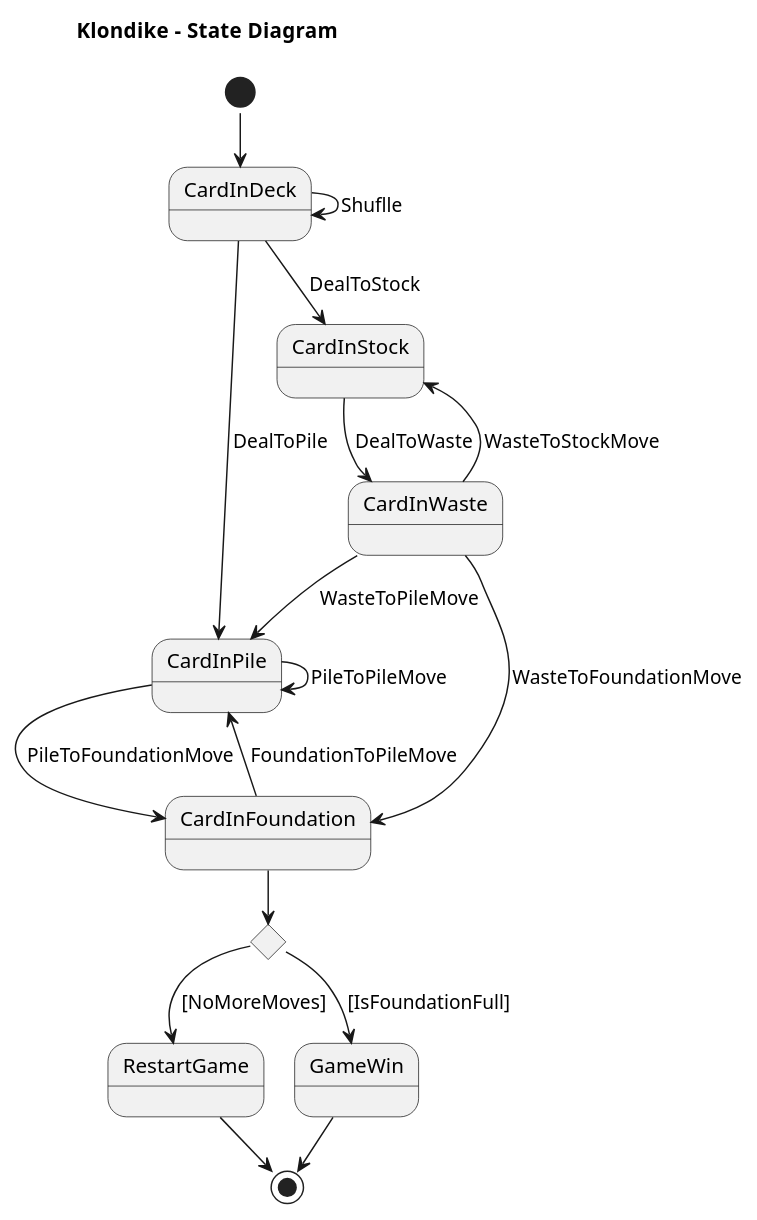
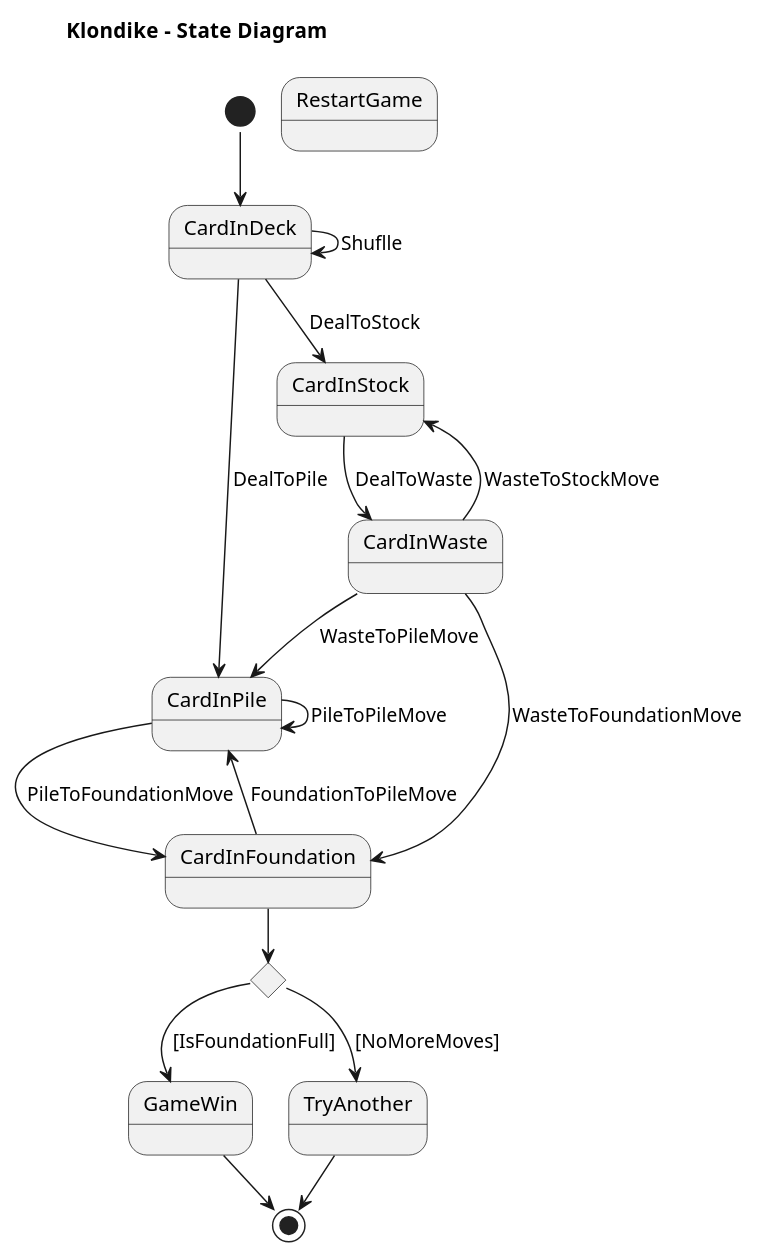
Before and after one commit to AngelOS95P/Maestria_IngSoftware_grupo6: the diagram in 1 Modelo de Dominio/03_Diagrama de estados.plantuml, drawn with PlantUML. The commit also changed 11 other files, not shown here.

```diff
--- a/1 Modelo de Dominio/03_Diagrama de estados.plantuml
+++ b/1 Modelo de Dominio/03_Diagrama de estados.plantuml
@@ -1,34 +1,34 @@
 @startuml StateDiagram
 title Klondike  - State Diagram
 !pragma layout smetana
 
 state CardInDeck
 state CardInPile
 state CardInStock
 state CardInFoundation
 state GameFinal <<choice>>
 state RestartGame
 state GameWin
 
 [*] --> CardInDeck
 CardInDeck --> CardInDeck: Shuflle
 CardInDeck --> CardInPile: DealToPile
 CardInDeck --> CardInStock: DealToStock
 
 CardInPile --> CardInPile: PileToPileMove
 CardInPile --> CardInFoundation: PileToFoundationMove
 CardInFoundation --> CardInPile: FoundationToPileMove
 
 CardInStock --> CardInWaste: DealToWaste
 CardInWaste --> CardInStock: WasteToStockMove
 CardInWaste --> CardInPile: WasteToPileMove
 CardInWaste --> CardInFoundation: WasteToFoundationMove
 
 CardInFoundation --> GameFinal
-GameFinal --> RestartGame: [NoMoreMoves]
+GameFinal --> TryAnother: [NoMoreMoves]
 GameFinal --> GameWin: [IsFoundationFull]
 
-RestartGame --> [*]
+TryAnother --> [*]
 GameWin --> [*]
 
 @enduml
```
